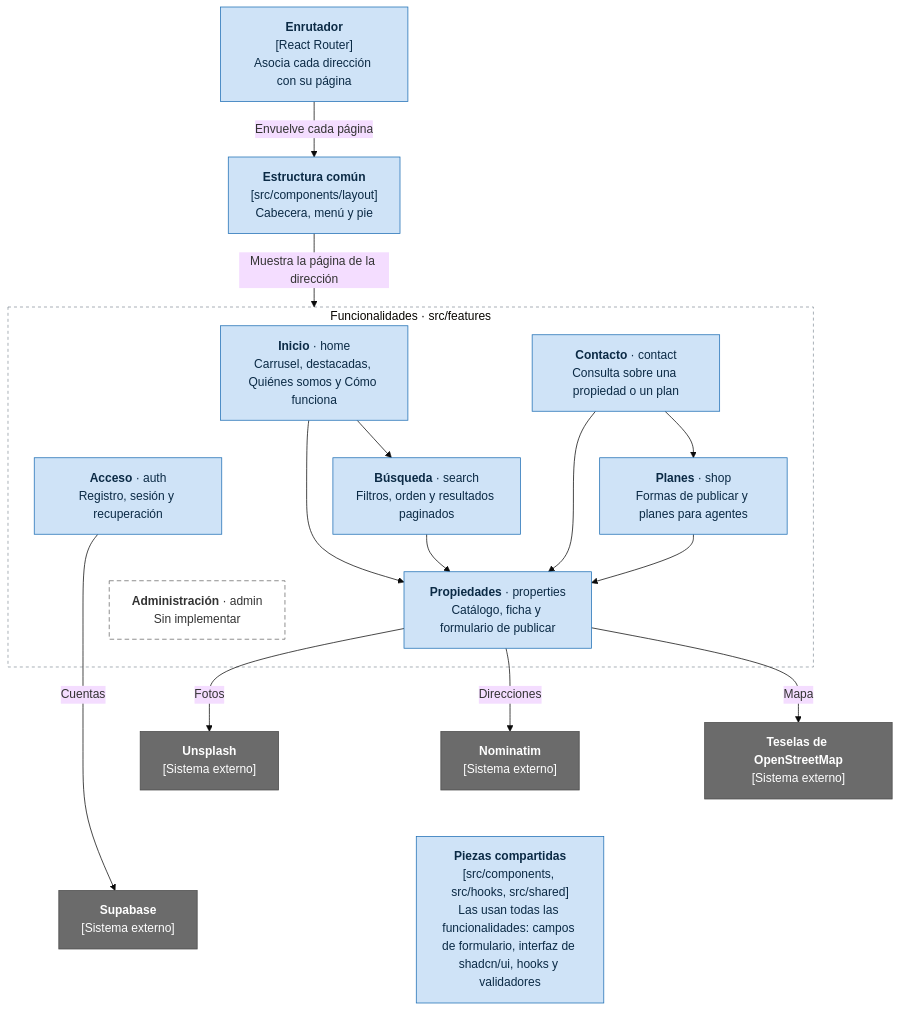
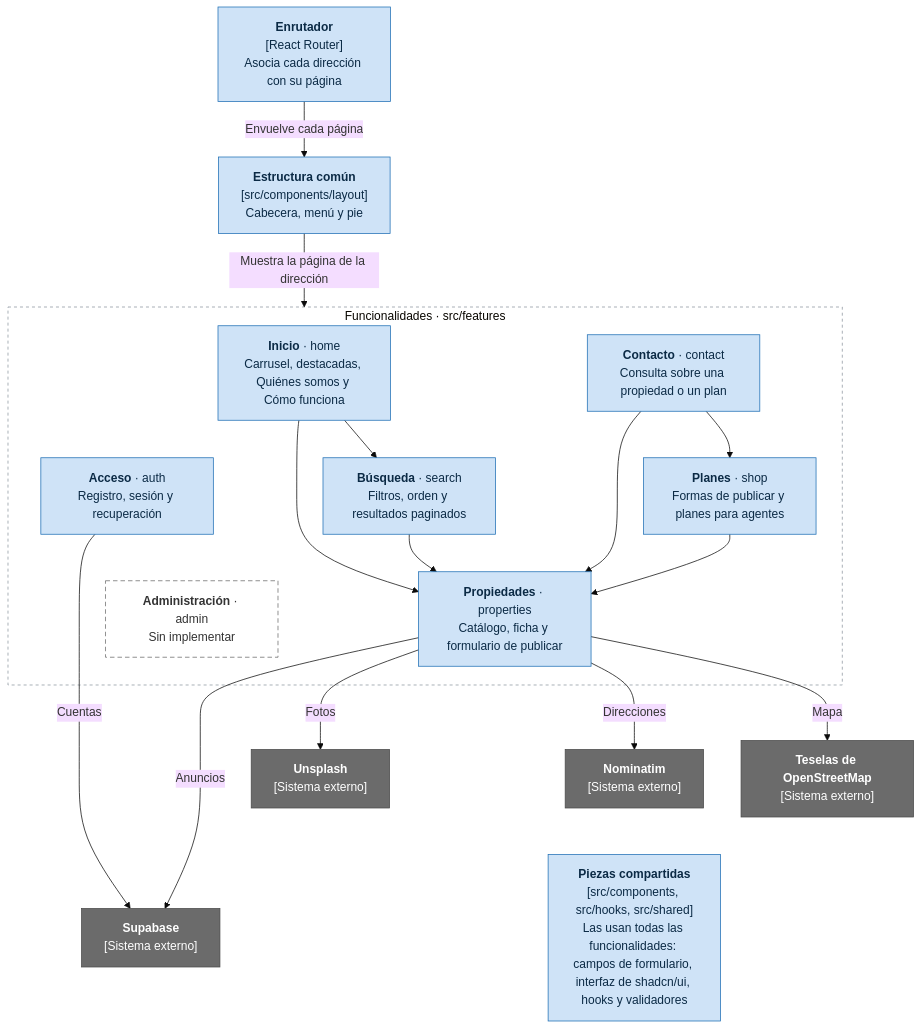
The fourth of 6 diagrams in docs/arquitectura.md (jespinal899/raizMotor), drawn with Mermaid (base theme) before and after one commit. The commit also changed other lines of this file and 1 other file, not shown here.

First line of the commit message:
docs: documenta los anuncios compartidos y las migraciones

````diff
--- a/docs/arquitectura.md
+++ b/docs/arquitectura.md
@@ -129,51 +129,52 @@
 ```mermaid
-%%{init: {"flowchart": {"wrappingWidth": 190}}}%%
+%%{init: {"flowchart": {"wrappingWidth": 170}}}%%
 flowchart TB
     accTitle: Componentes de la aplicación web
     accDescr: El enrutador muestra, dentro de la estructura común, la página de cada funcionalidad. Inicio usa Búsqueda y Propiedades, Búsqueda usa Propiedades, Contacto usa Propiedades y Planes, y Planes usa Propiedades. Acceso lleva las cuentas en Supabase y Propiedades consulta los demás sistemas externos. Todas usan las piezas compartidas.
 
     router["<b>Enrutador</b><br/>[React Router]<br/>Asocia cada dirección con su página"]
     layout["<b>Estructura común</b><br/>[src/components/layout]<br/>Cabecera, menú y pie"]
 
     subgraph features ["Funcionalidades · src/features"]
         home["<b>Inicio</b> · home<br/>Carrusel, destacadas, Quiénes somos y Cómo funciona"]
         contact["<b>Contacto</b> · contact<br/>Consulta sobre una propiedad o un plan"]
         auth["<b>Acceso</b> · auth<br/>Registro, sesión y recuperación"]
         search["<b>Búsqueda</b> · search<br/>Filtros, orden y resultados paginados"]
         shop["<b>Planes</b> · shop<br/>Formas de publicar y planes para agentes"]
         admin["<b>Administración</b> · admin<br/>Sin implementar"]
         properties["<b>Propiedades</b> · properties<br/>Catálogo, ficha y formulario de publicar"]
 
         home --> search --> properties
         home --> properties
         contact --> shop
         contact --> properties
         shop --> properties
         %% Enlaces invisibles: solo ordenan las cajas en tres columnas para que el diagrama no se ensanche.
         contact ~~~ search
         auth ~~~ admin
     end
 
     tiles["<b>Teselas de OpenStreetMap</b><br/>[Sistema externo]"]
     nominatim["<b>Nominatim</b><br/>[Sistema externo]"]
     unsplash["<b>Unsplash</b><br/>[Sistema externo]"]
     supabase["<b>Supabase</b><br/>[Sistema externo]"]
     shared["<b>Piezas compartidas</b><br/>[src/components, src/hooks, src/shared]<br/>Las usan todas las funcionalidades: campos de formulario, interfaz de shadcn/ui, hooks y validadores"]
 
     router -- "Envuelve cada página" --> layout
     layout -- "Muestra la página de la dirección" --> features
     properties -- "Mapa" --> tiles
     properties -- "Direcciones" --> nominatim
     properties -- "Fotos" --> unsplash
     auth -- "Cuentas" --> supabase
+    properties -- "Anuncios" ---> supabase
     nominatim ~~~ shared
     unsplash ~~~ supabase
 
     classDef componente fill:#cfe3f7,stroke:#1f6fb5,color:#0b2a45
     classDef externo fill:#6b6b6b,stroke:#4a4a4a,color:#fff
     classDef pendiente fill:#fff,stroke:#6b6b6b,color:#333,stroke-dasharray:6 4
     class router,layout,home,search,properties,contact,shop,auth,shared componente
     class supabase,tiles,nominatim,unsplash externo
     class admin pendiente
     style features fill:none,stroke:#8c959f,stroke-dasharray:4 4
 ```
````
